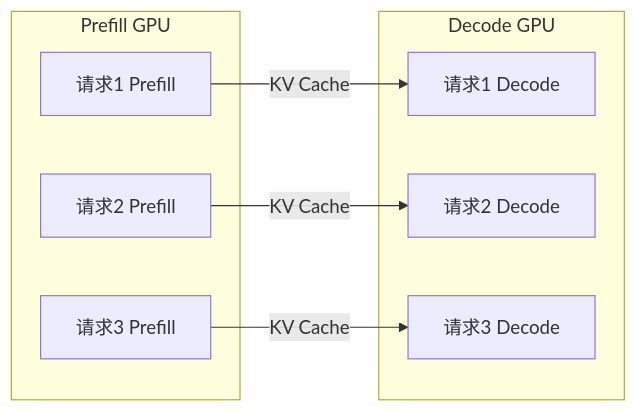
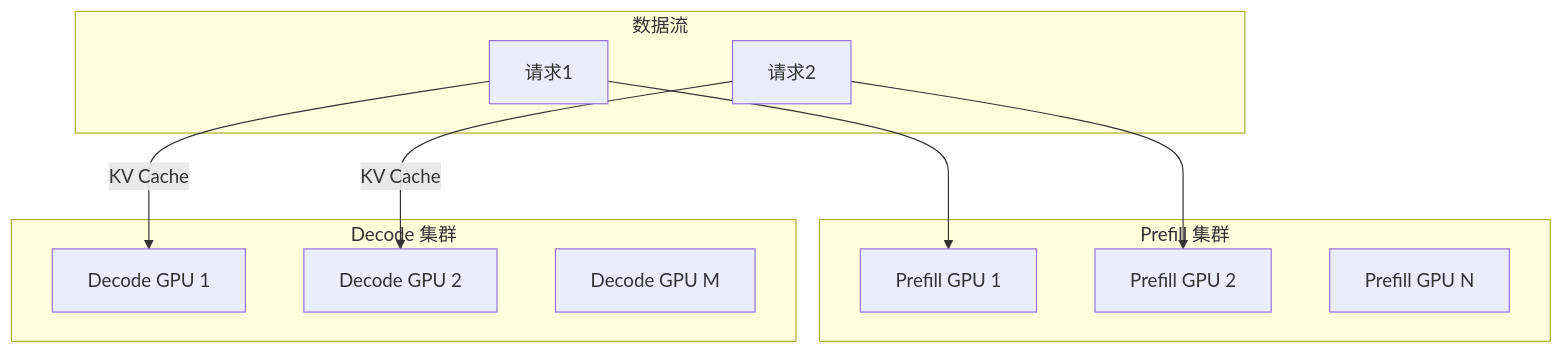
The fourth of 8 diagrams in learning/website/docs/basics/14-inference-process.md (Xunzhuo/mini-sglang), drawn with Mermaid before and after one commit. The commit also changed other lines of this file and 23 other files, not shown here.

````diff
--- a/learning/website/docs/basics/14-inference-process.md
+++ b/learning/website/docs/basics/14-inference-process.md
@@ -193,18 +180,21 @@
 ```mermaid
-graph LR
-    subgraph Prefill GPU
-        P1[请求1 Prefill]
-        P2[请求2 Prefill]
-        P3[请求3 Prefill]
+graph TB
+    subgraph "Prefill 集群"
+        P1[Prefill GPU 1]
+        P2[Prefill GPU 2]
+        P3[Prefill GPU N]
     end
     
-    subgraph Decode GPU
-        D1[请求1 Decode]
-        D2[请求2 Decode]
-        D3[请求3 Decode]
+    subgraph "Decode 集群"
+        D1[Decode GPU 1]
+        D2[Decode GPU 2]
+        D3[Decode GPU M]
     end
     
-    P1 -->|KV Cache| D1
-    P2 -->|KV Cache| D2
-    P3 -->|KV Cache| D3
+    subgraph "数据流"
+        R1[请求1] --> P1
+        R2[请求2] --> P2
+        R1 -->|KV Cache| D1
+        R2 -->|KV Cache| D2
+    end
 ```
````
